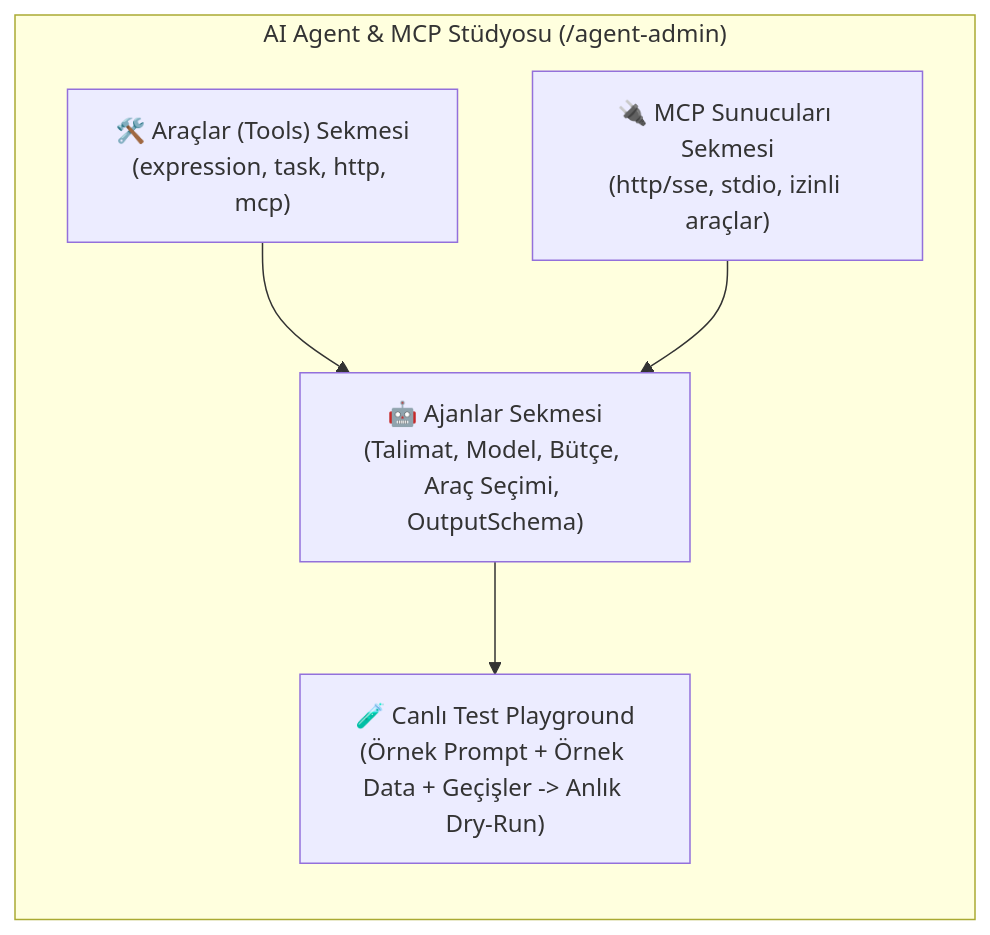
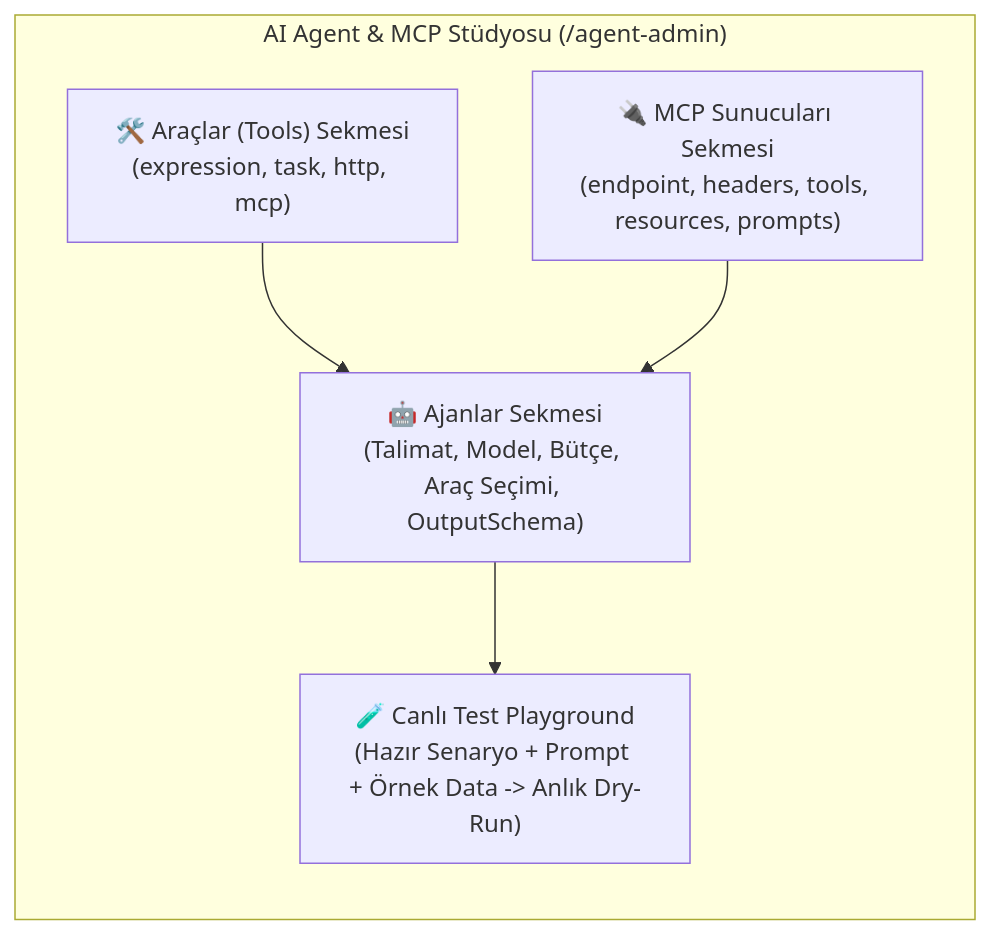
One commit to middt/middt-platform changed the second of 2 diagrams in docs/citizen-developer-guide.md. Above: the diagram before and after it, drawn with Mermaid. The commit also changed other lines of this file and 23 other files, not shown here.

````diff
--- a/docs/citizen-developer-guide.md
+++ b/docs/citizen-developer-guide.md
@@ -1651,12 +1784,12 @@
 ```mermaid
 flowchart LR
     subgraph Studio["AI Agent & MCP Stüdyosu (/agent-admin)"]
         T1["🤖 Ajanlar Sekmesi\n(Talimat, Model, Bütçe, Araç Seçimi, OutputSchema)"]
         T2["🛠️ Araçlar (Tools) Sekmesi\n(expression, task, http, mcp)"]
-        T3["🔌 MCP Sunucuları Sekmesi\n(http/sse, stdio, izinli araçlar)"]
-        PG["🧪 Canlı Test Playground\n(Örnek Prompt + Örnek Data + Geçişler -> Anlık Dry-Run)"]
+        T3["🔌 MCP Sunucuları Sekmesi\n(endpoint, headers, tools, resources, prompts)"]
+        PG["🧪 Canlı Test Playground\n(Hazır Senaryo + Prompt + Örnek Data -> Anlık Dry-Run)"]
     end
     T2 --> T1
     T3 --> T1
     T1 --> PG
 ```
````
